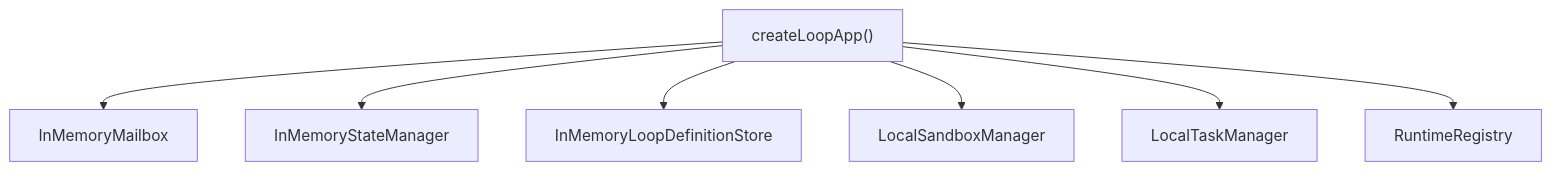
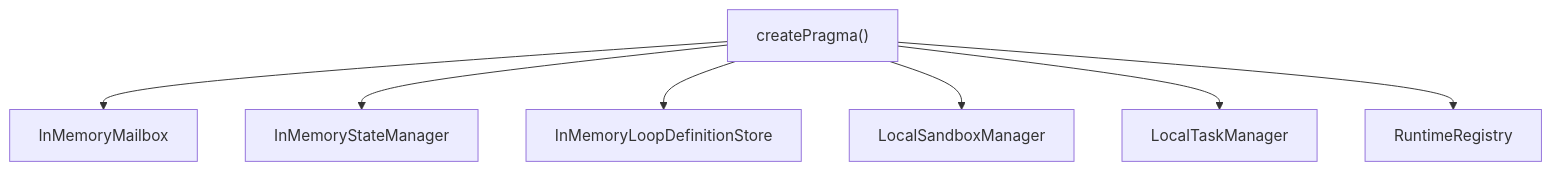
One commit to pqpo/pragma changed the ninth of 18 diagrams in docs/architecture/agent-core-architecture.md. Above: the diagram before and after it, drawn with Mermaid. The commit also changed other lines of this file and 109 other files, not shown here.

````diff
--- a/docs/architecture/agent-core-architecture.md
+++ b/docs/architecture/agent-core-architecture.md
@@ -247,10 +247,10 @@
 ```mermaid
 flowchart TB
-  create["createLoopApp()"]
+  create["createPragma()"]
   create --> mailbox["InMemoryMailbox"]
   create --> state["InMemoryStateManager"]
   create --> store["InMemoryLoopDefinitionStore"]
   create --> sandbox["LocalSandboxManager"]
   create --> task["LocalTaskManager"]
   create --> runtime["RuntimeRegistry"]
 ```
````
